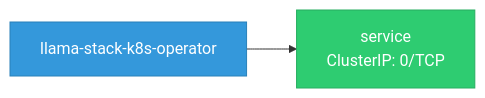
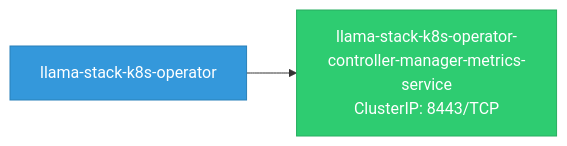
One commit to ugiordan/architecture-analyzer changed the first of 2 diagrams in site/docs/rhoai-platform/components/llama_stack_k8s_operator/network.md. Above: the diagram before and after it, drawn with Mermaid. The commit also changed other lines of this file and 299 other files, not shown here.

````diff
--- a/site/docs/rhoai-platform/components/llama_stack_k8s_operator/network.md
+++ b/site/docs/rhoai-platform/components/llama_stack_k8s_operator/network.md
@@ -5,10 +5,10 @@
 ```mermaid
 graph LR
     classDef svc fill:#2ecc71,stroke:#27ae60,color:#fff
     classDef test fill:#95a5a6,stroke:#7f8c8d,color:#fff
     classDef component fill:#3498db,stroke:#2980b9,color:#fff
     classDef ext fill:#e74c3c,stroke:#c0392b,color:#fff
 
     llama_stack_k8s_operator["llama-stack-k8s-operator"]:::component
-    llama_stack_k8s_operator --> svc_0["service\nClusterIP: 0/TCP"]:::svc
+    llama_stack_k8s_operator --> svc_0["llama-stack-k8s-operator-controller-manager-metrics-service\nClusterIP: 8443/TCP"]:::svc
 ```
````
